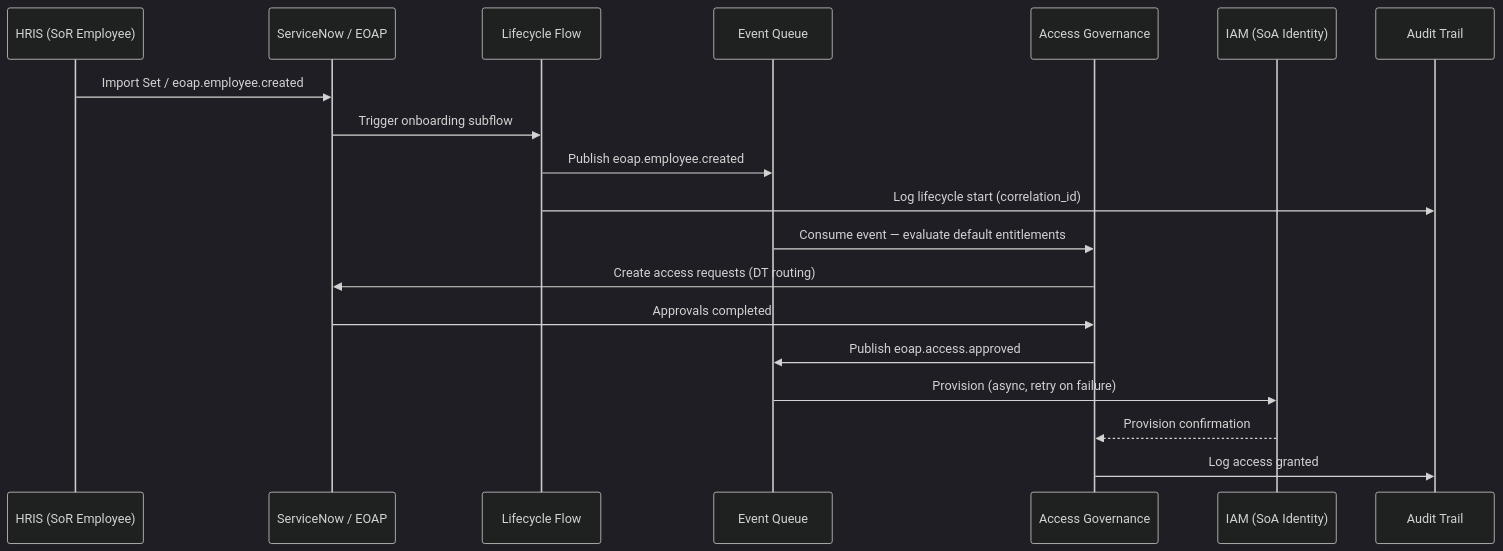
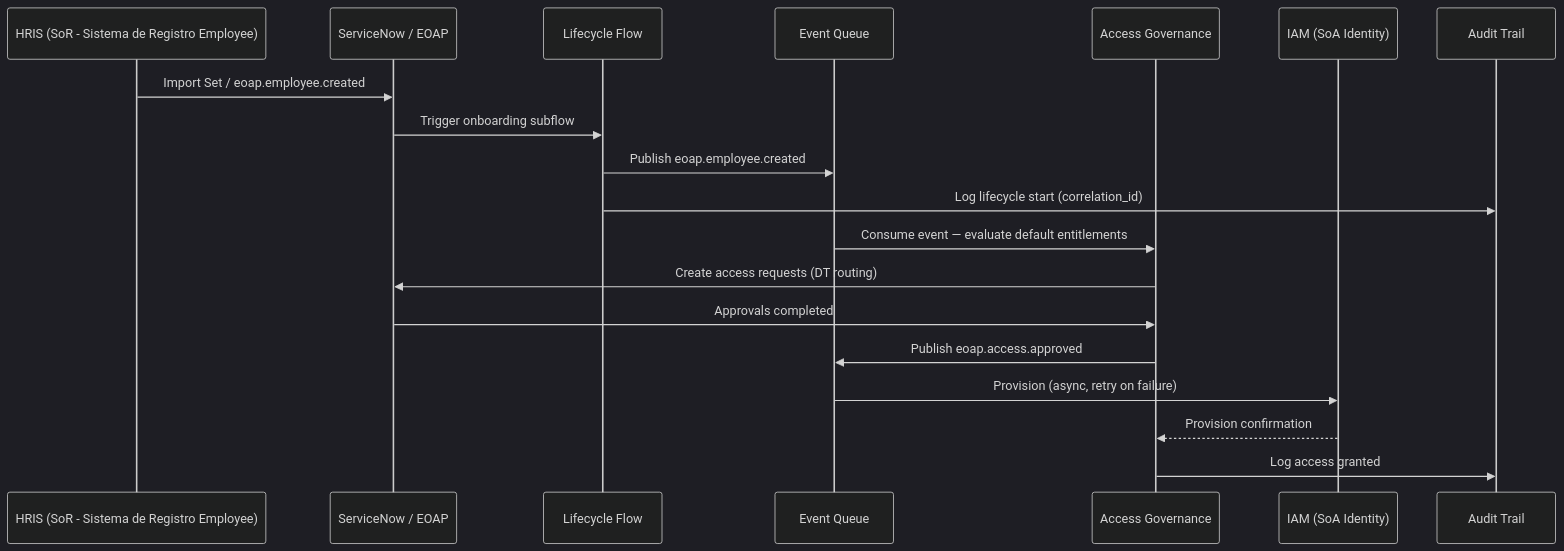
The sixth of 17 diagrams in docs/architecture/ADD.md (Artur-data-DEV/EOAP), drawn with Mermaid (dark theme) before and after one commit. The commit also changed other lines of this file and 26 other files, not shown here.

Commit message:
docs: initialize project documentation structure including architecture, implementation, and Now Create lifecycle assets.

````diff
--- a/docs/architecture/ADD.md
+++ b/docs/architecture/ADD.md
@@ -559,22 +559,22 @@
   ```mermaid
   sequenceDiagram
-      participant HRIS as HRIS (SoR Employee)
+      participant HRIS as HRIS (SoR - Sistema de Registro Employee)
       participant SN as ServiceNow / EOAP
       participant LC as Lifecycle Flow
       participant EVT as Event Queue
       participant AG as Access Governance
       participant IAM as IAM (SoA Identity)
       participant AUD as Audit Trail
 
       HRIS->>SN: Import Set / eoap.employee.created
       SN->>LC: Trigger onboarding subflow
       LC->>EVT: Publish eoap.employee.created
       LC->>AUD: Log lifecycle start (correlation_id)
       EVT->>AG: Consume event — evaluate default entitlements
       AG->>SN: Create access requests (DT routing)
       SN->>AG: Approvals completed
       AG->>EVT: Publish eoap.access.approved
       EVT->>IAM: Provision (async, retry on failure)
       IAM-->>AG: Provision confirmation
       AG->>AUD: Log access granted
   ```
````
